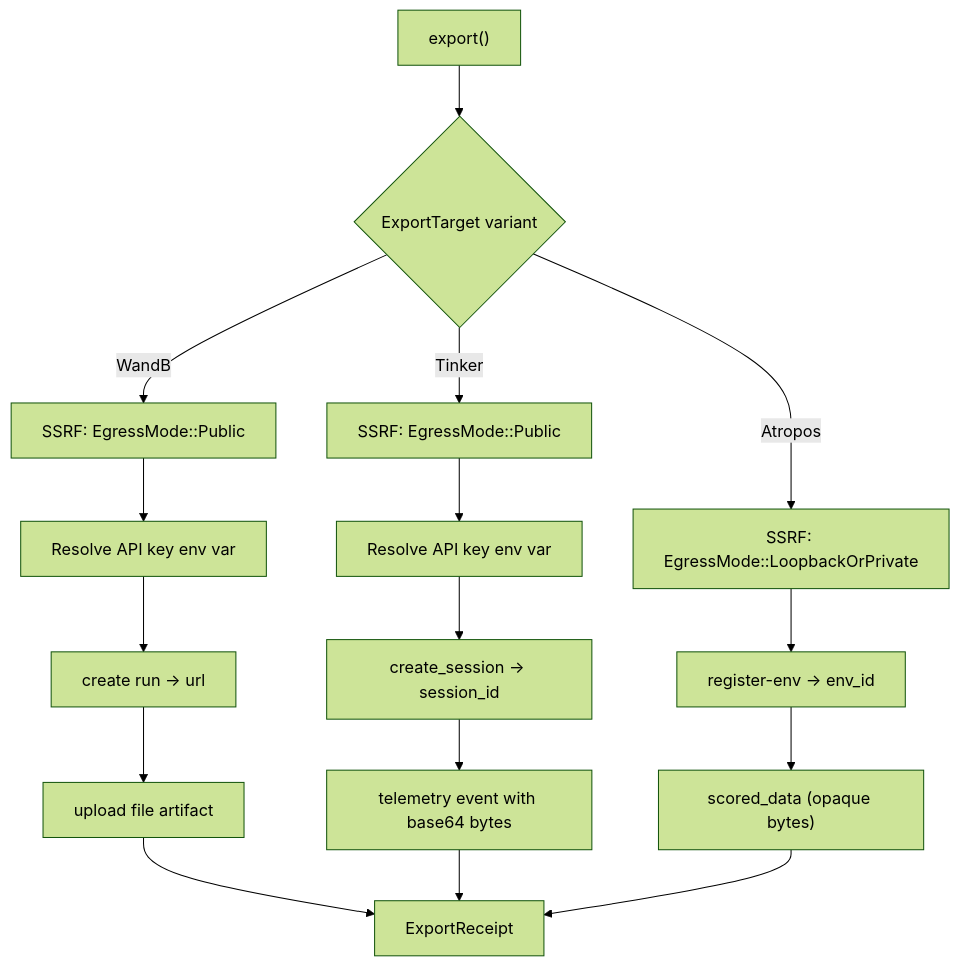
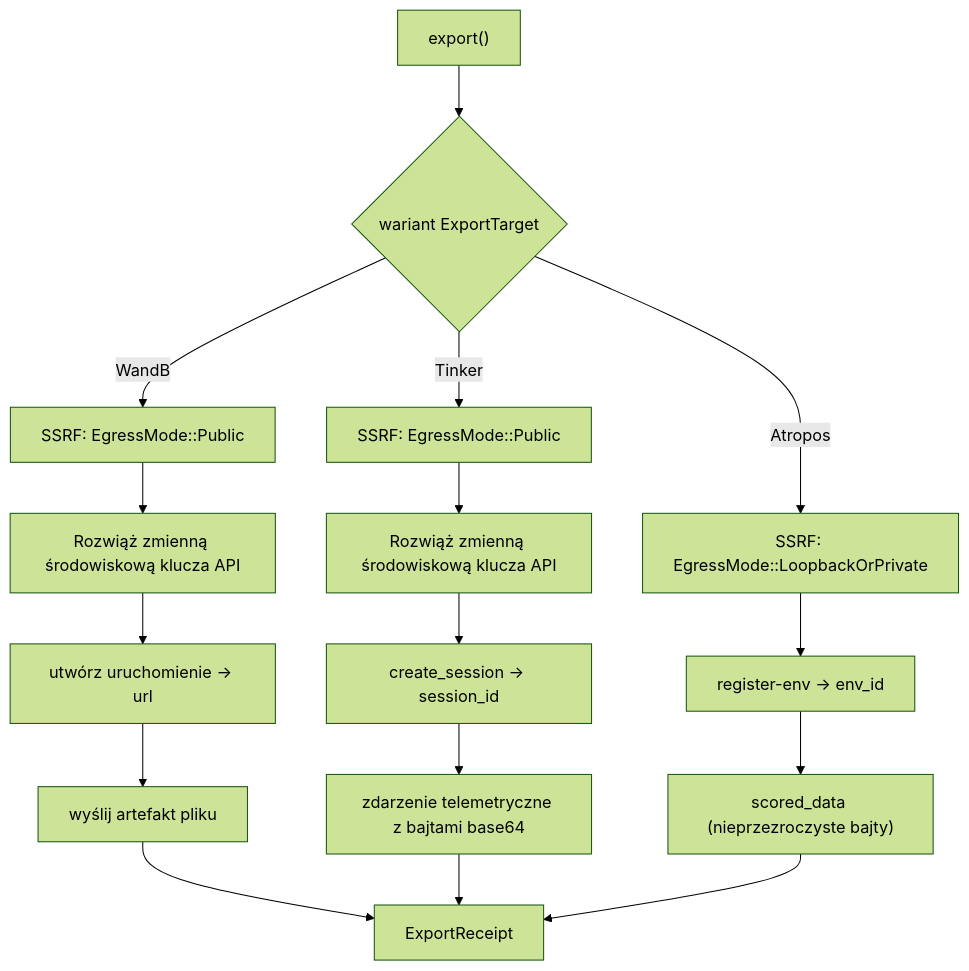
One commit to leszek3737/librefang-WIki changed the diagram in crates-librefang-rl-export.md. Above: the diagram before and after it, drawn with Mermaid (forest theme). The commit also changed other lines of this file and 104 other files, not shown here.

````diff
--- a/crates-librefang-rl-export.md
+++ b/crates-librefang-rl-export.md
@@ -36,18 +36,18 @@
 ```mermaid
 flowchart TD
-    E["export()"] --> V{"ExportTarget variant"}
+    E["export()"] --> V{"wariant ExportTarget"}
     V -->|WandB| SSRF1["SSRF: EgressMode::Public"]
     V -->|Tinker| SSRF2["SSRF: EgressMode::Public"]
     V -->|Atropos| SSRF3["SSRF: EgressMode::LoopbackOrPrivate"]
-    SSRF1 --> R1["Resolve API key env var"]
-    SSRF2 --> R2["Resolve API key env var"]
+    SSRF1 --> R1["Rozwiąż zmienną środowiskową klucza API"]
+    SSRF2 --> R2["Rozwiąż zmienną środowiskową klucza API"]
     SSRF3 --> A1["register-env → env_id"]
-    R1 --> W1["create run → url"]
+    R1 --> W1["utwórz uruchomienie → url"]
     R2 --> T1["create_session → session_id"]
-    W1 --> W2["upload file artifact"]
-    T1 --> T2["telemetry event with base64 bytes"]
-    A1 --> A2["scored_data (opaque bytes)"]
+    W1 --> W2["wyślij artefakt pliku"]
+    T1 --> T2["zdarzenie telemetryczne z bajtami base64"]
+    A1 --> A2["scored_data (nieprzezroczyste bajty)"]
     W2 --> REC["ExportReceipt"]
     T2 --> REC
     A2 --> REC
 ```
````
